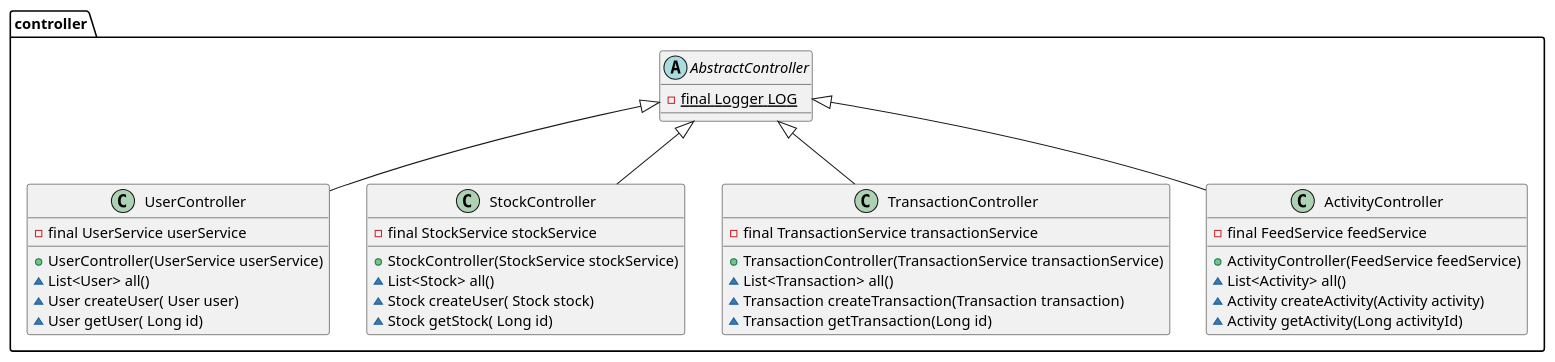
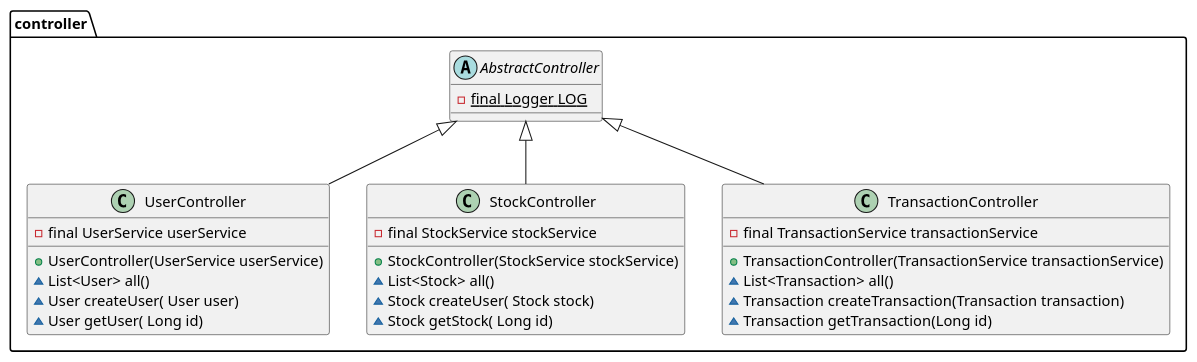
The diagram in backend/diagram/class/ControllerPackage.puml (DPigeon/Money-Tree), drawn with PlantUML before and after one commit. The commit also changed 7 other files, not shown here.

Commit message:
Issue #63: refactor class diagram

```diff
--- a/backend/diagram/class/ControllerPackage.puml
+++ b/backend/diagram/class/ControllerPackage.puml
@@ -1,41 +1,33 @@
 @startuml
 
 package controller {
     abstract class AbstractController {
         -{static} final Logger LOG
     }
 
     class UserController extends AbstractController {
         -final UserService userService
         +UserController(UserService userService)
         ~List<User> all()
         ~User createUser( User user)
         ~User getUser( Long id)
     }
 
     class StockController extends AbstractController {
         -final StockService stockService
         +StockController(StockService stockService)
         ~List<Stock> all()
         ~Stock createUser( Stock stock)
         ~Stock getStock( Long id)
     }
 
     class TransactionController extends AbstractController {
         -final TransactionService transactionService
         +TransactionController(TransactionService transactionService)
         ~List<Transaction> all()
         ~Transaction createTransaction(Transaction transaction)
         ~Transaction getTransaction(Long id)
     }
-
-    class ActivityController extends AbstractController {
-        -final FeedService feedService
-        +ActivityController(FeedService feedService)
-        ~List<Activity> all()
-        ~Activity createActivity(Activity activity)
-        ~Activity getActivity(Long activityId)
-    }
 }
 
 @enduml
```
